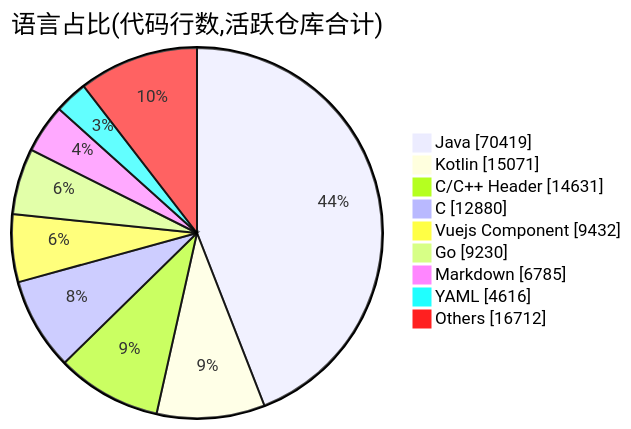
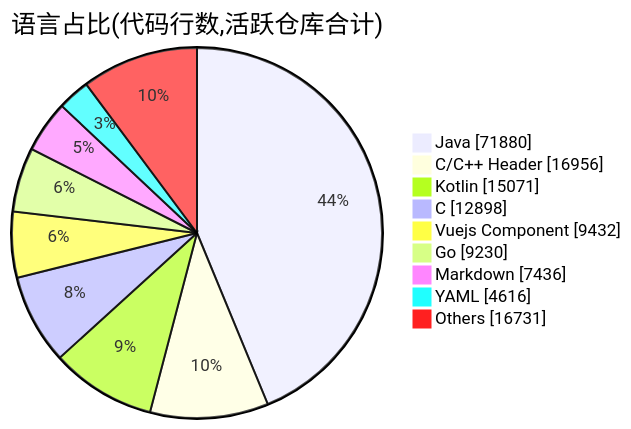
The second of 2 diagrams in profile/README.md (Conflux-Union/.github), drawn with Mermaid before and after one commit. The commit also changed other lines of this file and 1 other file, not shown here.

````diff
--- a/profile/README.md
+++ b/profile/README.md
@@ -74,13 +74,13 @@
 ```mermaid
 pie showData
     title 语言占比(代码行数,活跃仓库合计)
-    "Java" : 70419
+    "Java" : 71880
+    "C/C++ Header" : 16956
     "Kotlin" : 15071
-    "C/C++ Header" : 14631
-    "C" : 12880
+    "C" : 12898
     "Vuejs Component" : 9432
     "Go" : 9230
-    "Markdown" : 6785
+    "Markdown" : 7436
     "YAML" : 4616
-    "Others" : 16712
+    "Others" : 16731
 ```
````
